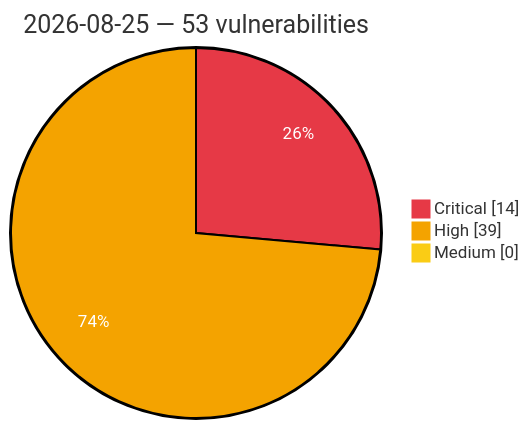
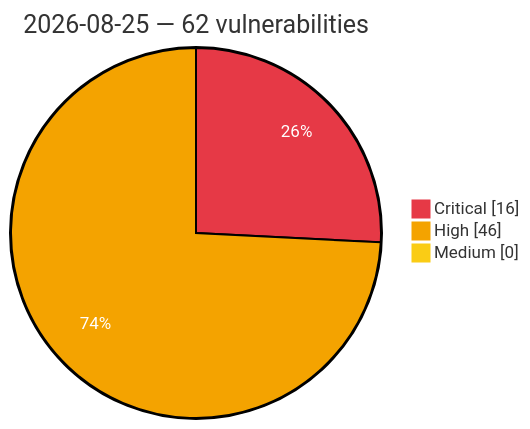
Before and after one commit to GhostX0X/vuln-tracker: the diagram in vulnerabilities/2026/August/2026-08-25.md, drawn with Mermaid. The commit also changed other lines of this file and 5 other files, not shown here.

Commit message:
Auto update: critical/high vulns (2026-08-25 12:04 UTC)

````diff
--- a/vulnerabilities/2026/August/2026-08-25.md
+++ b/vulnerabilities/2026/August/2026-08-25.md
@@ -3,8 +3,8 @@
 ```mermaid
 %%{init: {'theme':'base', 'themeVariables': {'pie1':'#e63946', 'pie2':'#f4a300', 'pie3':'#facc15', 'pieOpacity':'1', 'pieOuterStrokeWidth':'2px', 'pieSectionTextColor':'#ffffff'}}}%%
 pie showData
-    title 2026-08-25 — 53 vulnerabilities
-    "Critical" : 14
-    "High" : 39
+    title 2026-08-25 — 62 vulnerabilities
+    "Critical" : 16
+    "High" : 46
     "Medium" : 0
 ```
````
